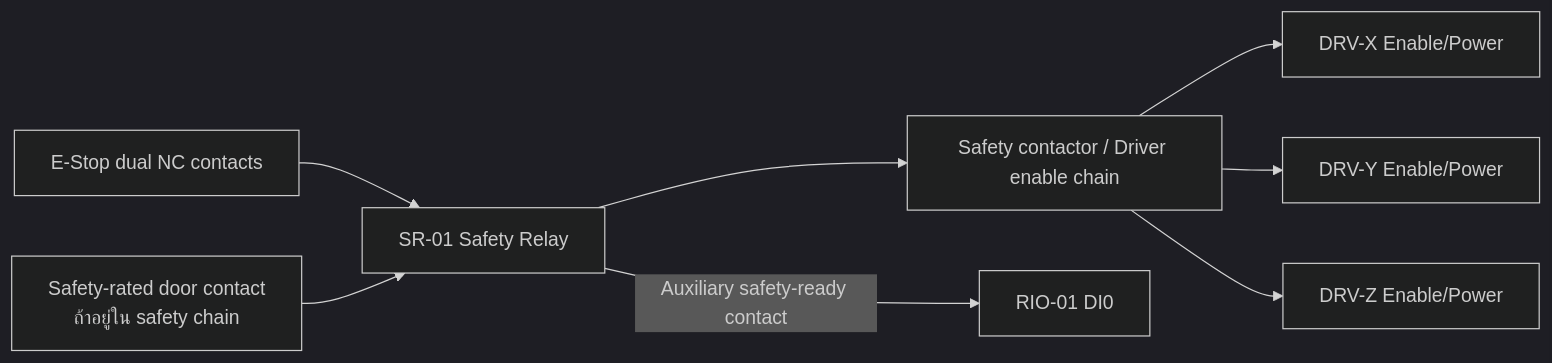
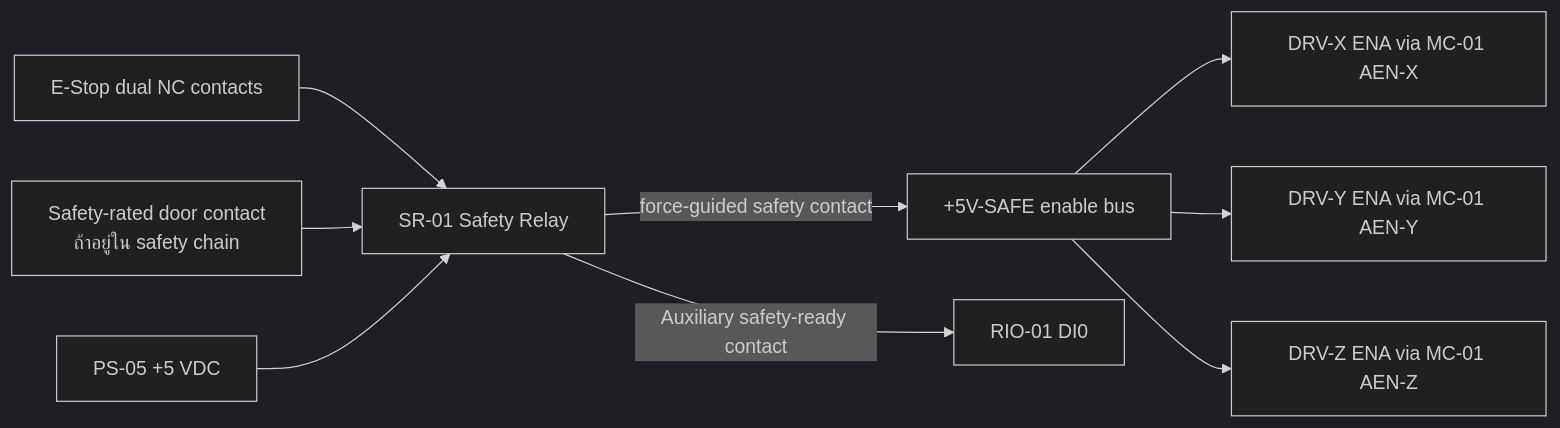
Before and after one commit to prongnaruebest/NaritVendingMachine: the second of 2 diagrams in docs/IRIV_WIRING.md, drawn with Mermaid (dark theme). The commit also changed other lines of this file and 81 other files, not shown here.

````diff
--- a/docs/IRIV_WIRING.md
+++ b/docs/IRIV_WIRING.md
@@ -93,10 +116,11 @@
 ```mermaid
 flowchart LR
     ESTOP["E-Stop dual NC contacts"] --> SR["SR-01 Safety Relay"]
     DOOR["Safety-rated door contact\nถ้าอยู่ใน safety chain"] --> SR
-    SR --> K["Safety contactor / Driver enable chain"]
-    K --> DX["DRV-X Enable/Power"]
-    K --> DY["DRV-Y Enable/Power"]
-    K --> DZ["DRV-Z Enable/Power"]
+    PS5["PS-05 +5 VDC"] --> SR
+    SR -->|"force-guided safety contact"| ENBUS["+5V-SAFE enable bus"]
+    ENBUS --> DX["DRV-X ENA via MC-01 AEN-X"]
+    ENBUS --> DY["DRV-Y ENA via MC-01 AEN-Y"]
+    ENBUS --> DZ["DRV-Z ENA via MC-01 AEN-Z"]
     SR -->|"Auxiliary safety-ready contact"| DI0["RIO-01 DI0"]
 ```
````
